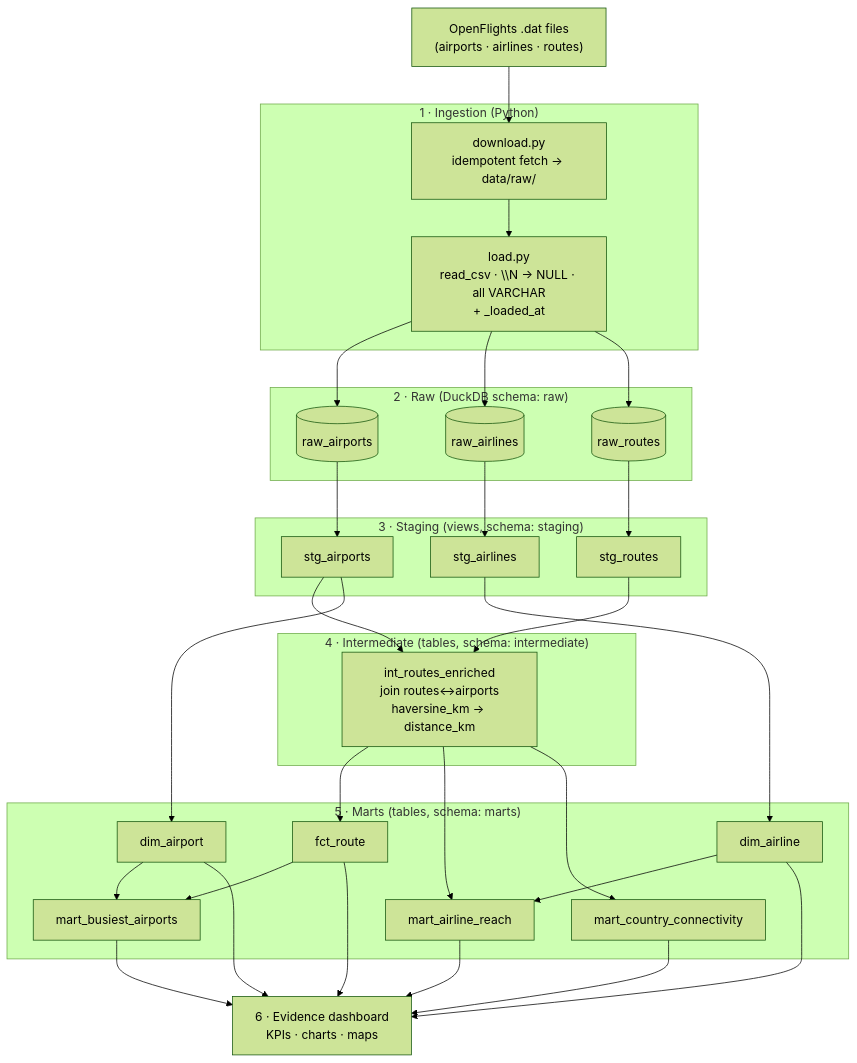
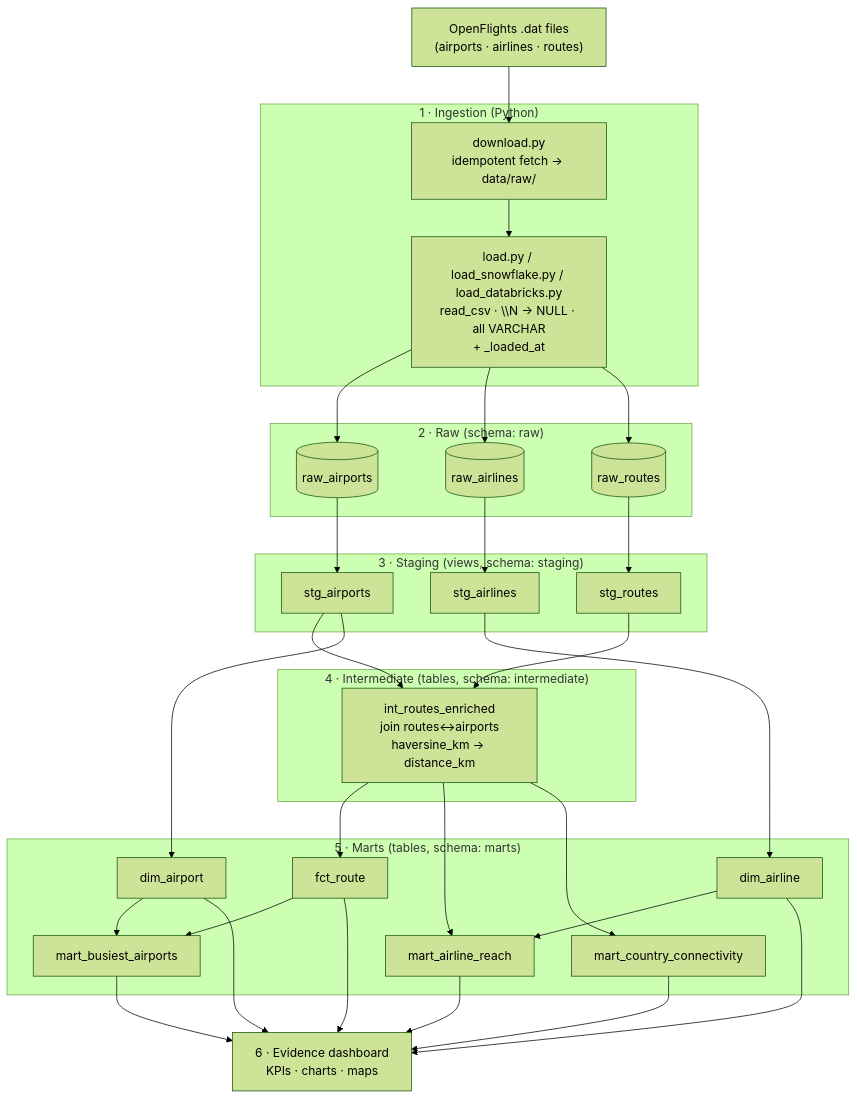
The diagram in docs/architecture.md (omarrifaie/AeroFlow), drawn with Mermaid (forest theme) before and after one commit. The commit also changed other lines of this file and 27 other files, not shown here.

First line of the commit message:
Add Databricks and Snowflake loaders, Databricks dbt target, and repo improvements (#4)

````diff
--- a/docs/architecture.md
+++ b/docs/architecture.md
@@ -8,53 +9,53 @@
 ```mermaid
 flowchart TD
     OF["OpenFlights .dat files<br/>(airports · airlines · routes)"]
 
     subgraph ingest["1 · Ingestion (Python)"]
         DL["download.py<br/>idempotent fetch → data/raw/"]
-        LD["load.py<br/>read_csv · \\N → NULL · all VARCHAR<br/>+ _loaded_at"]
+        LD["load.py / load_snowflake.py / load_databricks.py<br/>read_csv · \\N → NULL · all VARCHAR<br/>+ _loaded_at"]
     end
 
-    subgraph raw["2 · Raw (DuckDB schema: raw)"]
+    subgraph raw["2 · Raw (schema: raw)"]
         R1[("raw_airports")]
         R2[("raw_airlines")]
         R3[("raw_routes")]
     end
 
     subgraph staging["3 · Staging (views, schema: staging)"]
         S1["stg_airports"]
         S2["stg_airlines"]
         S3["stg_routes"]
     end
 
     subgraph inter["4 · Intermediate (tables, schema: intermediate)"]
         I1["int_routes_enriched<br/>join routes↔airports<br/>haversine_km → distance_km"]
     end
 
     subgraph marts["5 · Marts (tables, schema: marts)"]
         D1["dim_airport"]
         D2["dim_airline"]
         F1["fct_route"]
         M1["mart_busiest_airports"]
         M2["mart_airline_reach"]
         M3["mart_country_connectivity"]
     end
 
     DASH["6 · Evidence dashboard<br/>KPIs · charts · maps"]
 
     OF --> DL --> LD
     LD --> R1 & R2 & R3
     R1 --> S1
     R2 --> S2
     R3 --> S3
     S1 --> I1
     S3 --> I1
     S1 --> D1
     S2 --> D2
     I1 --> F1
     D1 --> M1
     F1 --> M1
     I1 --> M2
     D2 --> M2
     I1 --> M3
     D1 & D2 & F1 & M1 & M2 & M3 --> DASH
 ```
````
